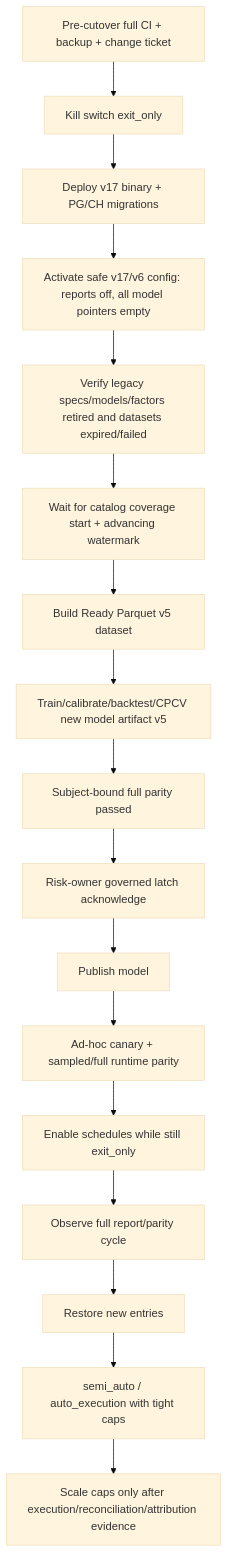
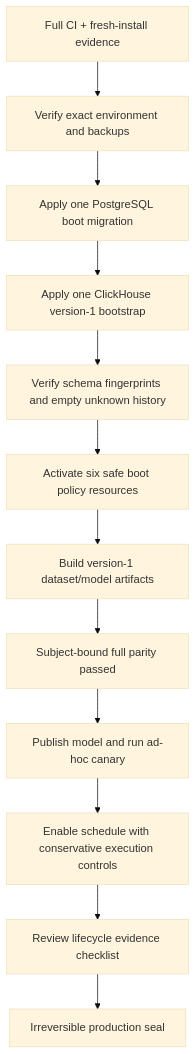
One commit to solomon-ssy/oxide-arb changed diagram 12 of 12 in docs/operations/architecture-and-design.md. Above: the diagram before and after it, drawn with Mermaid (base theme). The commit also changed other lines of this file and 592 other files, not shown here.

Commit message:
chore(ui): 📦 Bump ui submodule for governed Config plane and runtime-config editor removal

````diff
--- a/docs/operations/architecture-and-design.md
+++ b/docs/operations/architecture-and-design.md
@@ -807,19 +802,14 @@
 ```mermaid
 flowchart TD
-    A["Pre-cutover full CI + backup + change ticket"] --> B["Kill switch exit_only"]
-    B --> C["Deploy v17 binary + PG/CH migrations"]
-    C --> D["Activate safe v17/v6 config: reports off, all model pointers empty"]
-    D --> E["Verify legacy specs/models/factors retired and datasets expired/failed"]
-    E --> F["Wait for catalog coverage start + advancing watermark"]
-    F --> G["Build Ready Parquet v5 dataset"]
-    G --> H["Train/calibrate/backtest/CPCV new model artifact v5"]
-    H --> I["Subject-bound full parity passed"]
-    I --> J["Risk-owner governed latch acknowledge"]
-    J --> K["Publish model"]
-    K --> L["Ad-hoc canary + sampled/full runtime parity"]
-    L --> M["Enable schedules while still exit_only"]
-    M --> N["Observe full report/parity cycle"]
-    N --> O["Restore new entries"]
-    O --> P["semi_auto / auto_execution with tight caps"]
-    P --> Q["Scale caps only after execution/reconciliation/attribution evidence"]
+    A["Full CI + fresh-install evidence"] --> B["Verify exact environment and backups"]
+    B --> C["Apply one PostgreSQL boot migration"]
+    C --> D["Apply one ClickHouse version-1 bootstrap"]
+    D --> E["Verify schema fingerprints and empty unknown history"]
+    E --> F["Activate six safe boot policy resources"]
+    F --> G["Build version-1 dataset/model artifacts"]
+    G --> H["Subject-bound full parity passed"]
+    H --> I["Publish model and run ad-hoc canary"]
+    I --> J["Enable schedule with conservative execution controls"]
+    J --> K["Review lifecycle evidence checklist"]
+    K --> L["Irreversible production seal"]
 ```
````
